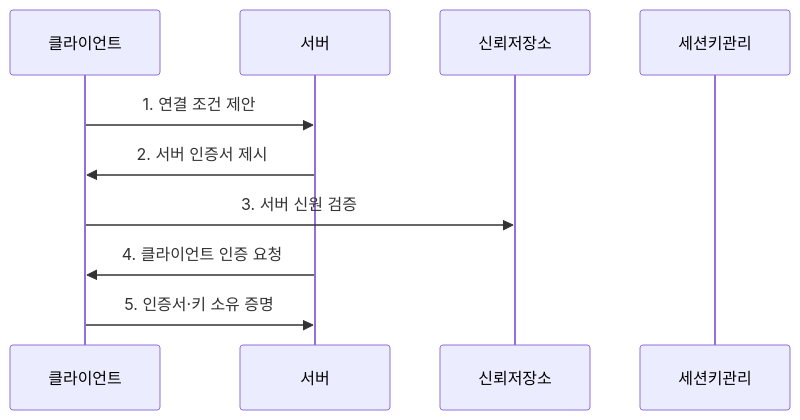
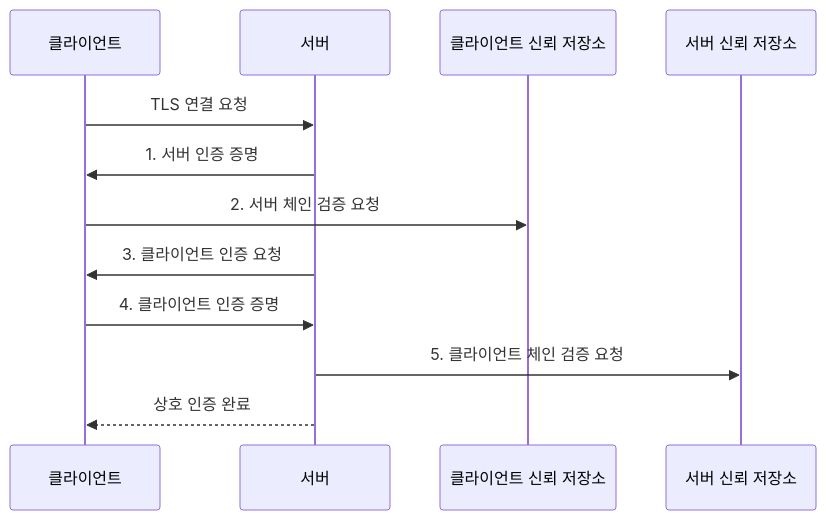
The second of 2 diagrams in src/content/docs/notes/04-network/031_mtls_mutual_tls.md (agnusdei1207/knowledge-base), drawn with Mermaid before and after one commit. The commit also changed other lines of this file and 20 other files, not shown here.

````diff
--- a/src/content/docs/notes/04-network/031_mtls_mutual_tls.md
+++ b/src/content/docs/notes/04-network/031_mtls_mutual_tls.md
@@ -77,12 +80,14 @@
 ```mermaid
 sequenceDiagram
     participant 클라이언트
     participant 서버
-    participant 신뢰저장소
-    participant 세션키관리
-    클라이언트->>서버: 1. 연결 조건 제안
-    서버->>클라이언트: 2. 서버 인증서 제시
-    클라이언트->>신뢰저장소: 3. 서버 신원 검증
-    서버->>클라이언트: 4. 클라이언트 인증 요청
-    클라이언트->>서버: 5. 인증서·키 소유 증명
+    participant 클라이언트신뢰저장소 as 클라이언트 신뢰 저장소
+    participant 서버신뢰저장소 as 서버 신뢰 저장소
+    클라이언트->>서버: TLS 연결 요청
+    서버->>클라이언트: 1. 서버 인증 증명
+    클라이언트->>클라이언트신뢰저장소: 2. 서버 체인 검증 요청
+    서버->>클라이언트: 3. 클라이언트 인증 요청
+    클라이언트->>서버: 4. 클라이언트 인증 증명
+    서버->>서버신뢰저장소: 5. 클라이언트 체인 검증 요청
+    서버-->>클라이언트: 상호 인증 완료
 ```
````
